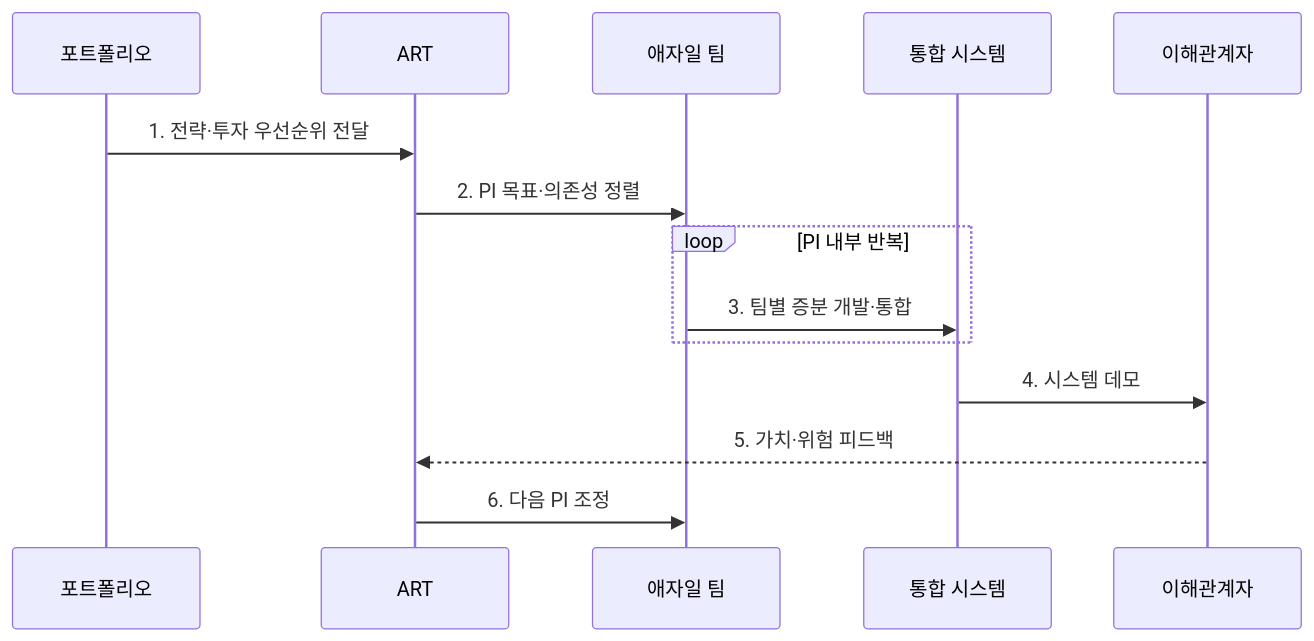
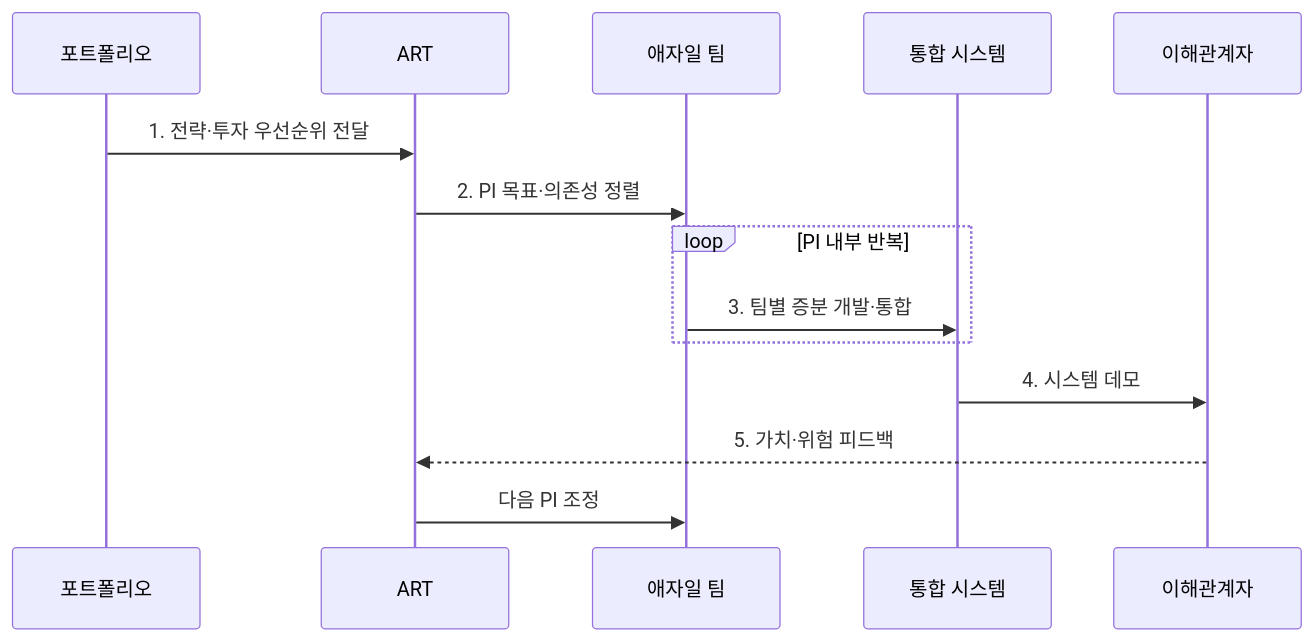
Before and after one commit to agnusdei1207/knowledge-base: the second of 2 diagrams in src/content/docs/notes/03-software/033_scaled_agile_framework.md, drawn with Mermaid. The commit also changed other lines of this file and 238 other files, not shown here.

````diff
--- a/src/content/docs/notes/03-software/033_scaled_agile_framework.md
+++ b/src/content/docs/notes/03-software/033_scaled_agile_framework.md
@@ -83,16 +85,16 @@
 ```mermaid
 sequenceDiagram
     participant P as 포트폴리오
     participant A as ART
     participant T as 애자일 팀
     participant I as 통합 시스템
     participant S as 이해관계자
     P->>A: 1. 전략·투자 우선순위 전달
     A->>T: 2. PI 목표·의존성 정렬
     loop PI 내부 반복
         T->>I: 3. 팀별 증분 개발·통합
     end
     I->>S: 4. 시스템 데모
     S-->>A: 5. 가치·위험 피드백
-    A->>T: 6. 다음 PI 조정
+    A->>T: 다음 PI 조정
 ```
````
